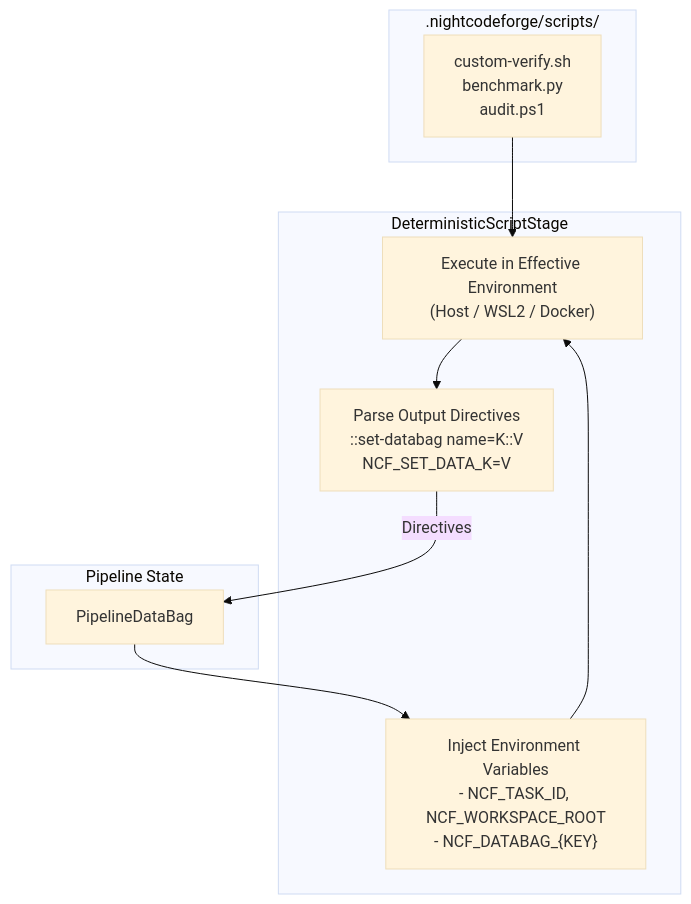
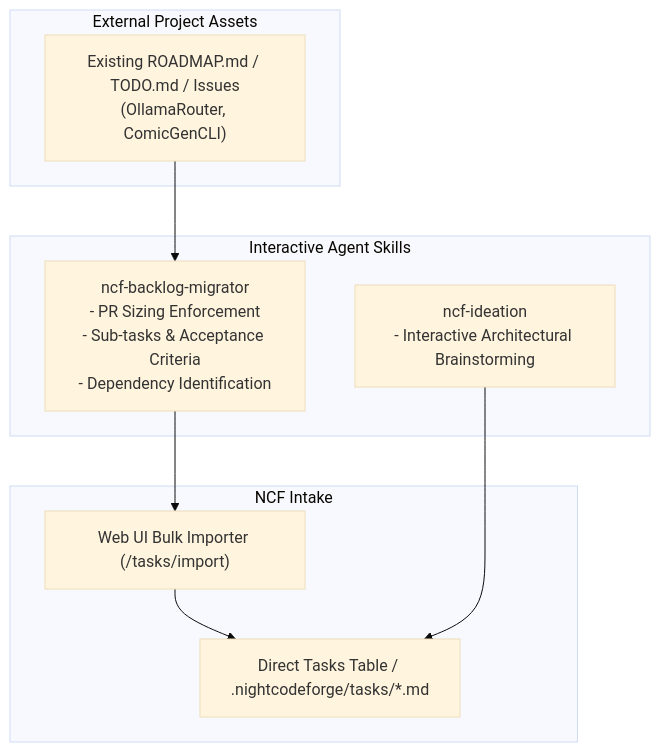
One commit to jetelain/NightCodeForge changed the third of 5 diagrams in docs/plan/11_EXTEND_FEATURES.md. Above: the diagram before and after it, drawn with Mermaid (base theme). The commit also changed other lines of this file and 8 other files, not shown here.

````diff
--- a/docs/plan/11_EXTEND_FEATURES.md
+++ b/docs/plan/11_EXTEND_FEATURES.md
@@ -151,20 +93,19 @@
 ```mermaid
 flowchart TD
-    subgraph Repo [".nightcodeforge/scripts/"]
-        Scripts["custom-verify.sh<br/>benchmark.py<br/>audit.ps1"]
+    subgraph InputSources ["External Project Assets"]
+        Roadmap["Existing ROADMAP.md / TODO.md / Issues<br/>(OllamaRouter, ComicGenCLI)"]
     end
 
-    subgraph DeterministicRunner ["DeterministicScriptStage"]
-        EnvGen["Inject Environment Variables<br/>- NCF_TASK_ID, NCF_WORKSPACE_ROOT<br/>- NCF_DATABAG_{KEY}"]
-        ExecScript["Execute in Effective Environment<br/>(Host / WSL2 / Docker)"]
-        ParseStdout["Parse Output Directives<br/>::set-databag name=K::V<br/>NCF_SET_DATA_K=V"]
+    subgraph AgentSkills ["Interactive Agent Skills"]
+        MigrateSkill["ncf-backlog-migrator<br/>- PR Sizing Enforcement<br/>- Sub-tasks & Acceptance Criteria<br/>- Dependency Identification"]
+        IdeateSkill["ncf-ideation<br/>- Interactive Architectural Brainstorming"]
     end
 
-    subgraph Pipeline ["Pipeline State"]
-        DataBag[PipelineDataBag]
+    subgraph BacklogOutputs ["NCF Intake"]
+        WebImport["Web UI Bulk Importer (/tasks/import)"]
+        DirectTasks["Direct Tasks Table / .nightcodeforge/tasks/*.md"]
     end
 
-    DataBag --> EnvGen --> ExecScript
-    Scripts --> ExecScript --> ParseStdout
-    ParseStdout -- "Directives" --> DataBag
+    Roadmap --> MigrateSkill --> WebImport --> DirectTasks
+    IdeateSkill --> DirectTasks
 ```
````
